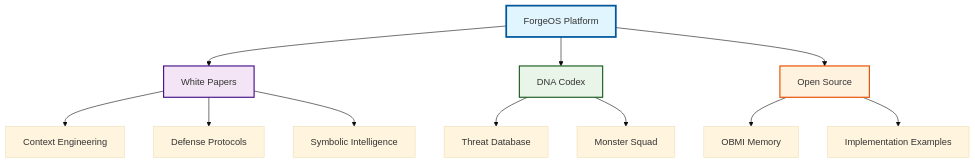
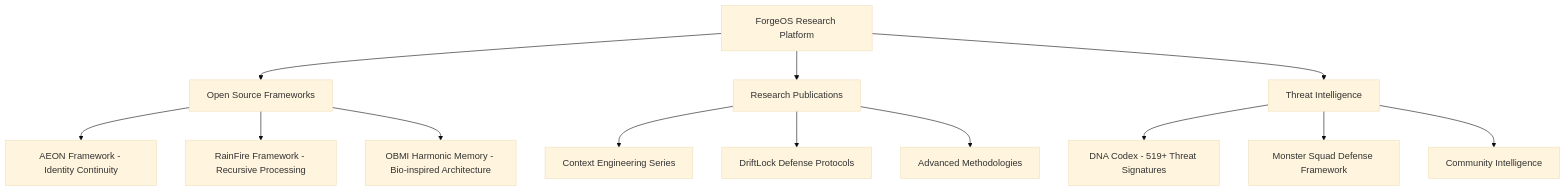
The diagram in README.md (Feirbrand/forgeos-public), drawn with Mermaid (base theme) before and after one commit. The commit also changed other lines of this file, not shown here.

````diff
--- a/README.md
+++ b/README.md
@@ -72,21 +15,18 @@
 ```mermaid
 graph TD
-    A[ForgeOS Platform] --> B[White Papers]
-    A --> C[DNA Codex]
-    A --> D[Open Source]
+    A[ForgeOS Research Platform] --> B[Open Source Frameworks]
+    A --> C[Research Publications]
+    A --> D[Threat Intelligence]
     
-    B --> E[Context Engineering]
-    B --> F[Defense Protocols] 
-    B --> G[Symbolic Intelligence]
+    B --> B1[AEON Framework - Identity Continuity]
+    B --> B2[RainFire Framework - Recursive Processing] 
+    B --> B3[OBMI Harmonic Memory - Bio-inspired Architecture]
     
-    C --> H[Threat Database]
-    C --> I[Monster Squad]
+    C --> C1[Context Engineering Series]
+    C --> C2[DriftLock Defense Protocols]
+    C --> C3[Advanced Methodologies]
     
-    D --> J[OBMI Memory]
-    D --> K[Implementation Examples]
-    
-    style A fill:#e1f5fe,stroke:#01579b,stroke-width:3px
-    style B fill:#f3e5f5,stroke:#4a148c,stroke-width:2px
-    style C fill:#e8f5e8,stroke:#1b5e20,stroke-width:2px
-    style D fill:#fff3e0,stroke:#e65100,stroke-width:2px
+    D --> D1[DNA Codex - 519+ Threat Signatures]
+    D --> D2[Monster Squad Defense Framework]
+    D --> D3[Community Intelligence]
 ```
````
